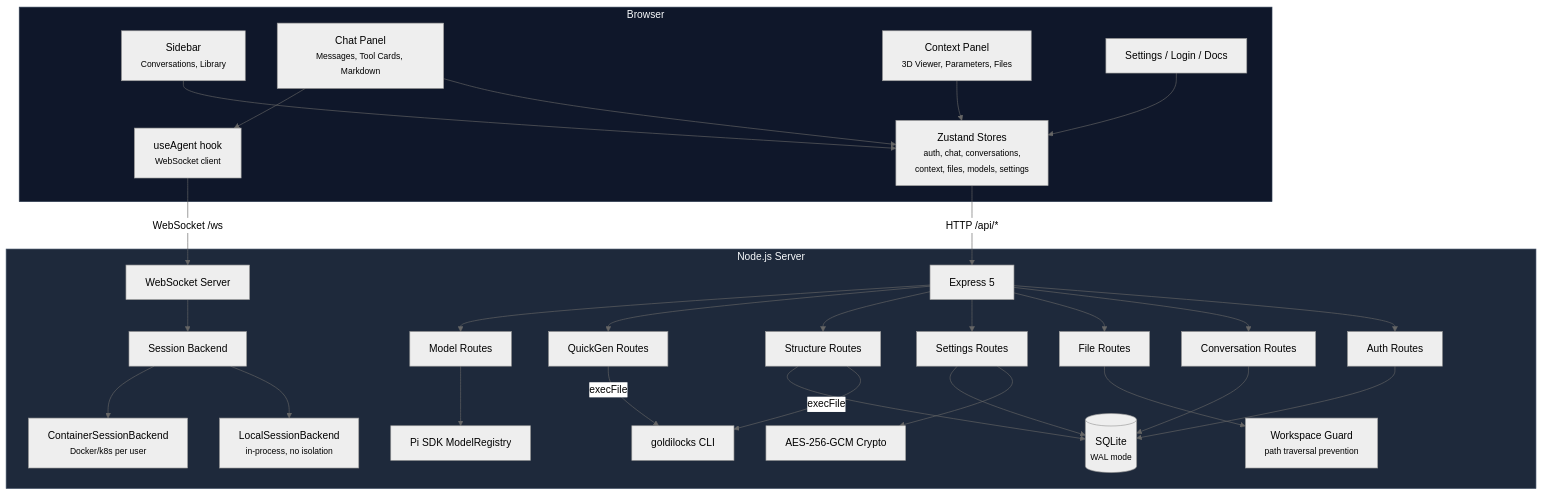
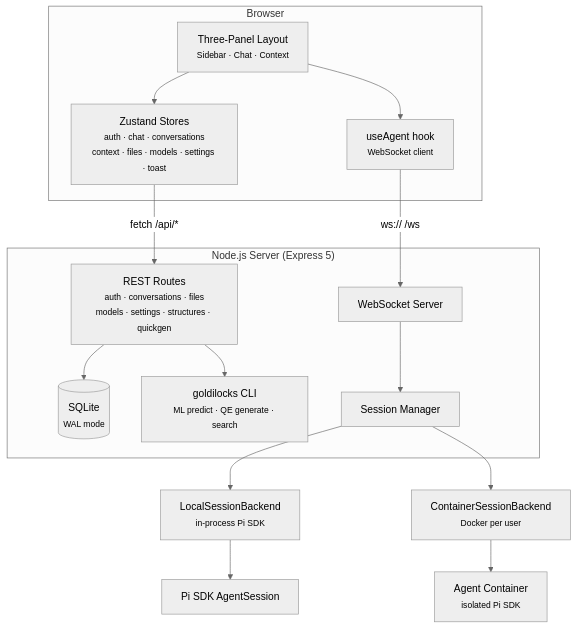
One commit to sigilmakes/goldilocks-app changed the first of 2 diagrams in docs/ARCHITECTURE.md. Above: the diagram before and after it, drawn with Mermaid (neutral theme). The commit also changed other lines of this file and 8 other files, not shown here.

````diff
--- a/docs/ARCHITECTURE.md
+++ b/docs/ARCHITECTURE.md
@@ -5,42 +14,31 @@
 ```mermaid
 graph TB
     subgraph Browser
-        Sidebar["Sidebar<br/><small>Conversations, Library</small>"]
-        Chat["Chat Panel<br/><small>Messages, Tool Cards, Markdown</small>"]
-        Context["Context Panel<br/><small>3D Viewer, Parameters, Files</small>"]
-        Pages["Settings / Login / Docs"]
+        UI["Three-Panel Layout<br/><small>Sidebar · Chat · Context</small>"]
+        Stores["Zustand Stores<br/><small>auth · chat · conversations<br/>context · files · models · settings · toast</small>"]
+        WS["useAgent hook<br/><small>WebSocket client</small>"]
 
-        Sidebar & Chat & Context & Pages --> Stores["Zustand Stores<br/><small>auth, chat, conversations,<br/>context, files, models, settings</small>"]
-        Chat --> useAgent["useAgent hook<br/><small>WebSocket client</small>"]
+        UI --> Stores
+        UI --> WS
     end
 
-    Stores -->|"HTTP /api/*"| Express
-    useAgent -->|"WebSocket /ws"| WS
+    Stores -->|"fetch /api/*"| Express
+    WS -->|"ws:// /ws"| WSS
 
-    subgraph Server["Node.js Server"]
-        Express["Express 5"]
-        WS["WebSocket Server"]
+    subgraph Server["Node.js Server (Express 5)"]
+        Express["REST Routes<br/><small>auth · conversations · files<br/>models · settings · structures · quickgen</small>"]
+        WSS["WebSocket Server"]
+        DB[("SQLite<br/><small>WAL mode</small>")]
+        CLI["goldilocks CLI<br/><small>ML predict · QE generate · search</small>"]
 
-        Express --> AuthR["Auth Routes"]
-        Express --> ConvR["Conversation Routes"]
-        Express --> FileR["File Routes"]
-        Express --> SettR["Settings Routes"]
-        Express --> StrR["Structure Routes"]
-        Express --> QGR["QuickGen Routes"]
-        Express --> ModR["Model Routes"]
-
-        StrR & QGR -->|"execFile"| CLI["goldilocks CLI"]
-        ModR --> PiSDK["Pi SDK ModelRegistry"]
-
-        WS --> SB["Session Backend"]
-        SB --> Local["LocalSessionBackend<br/><small>in-process, no isolation</small>"]
-        SB --> Container["ContainerSessionBackend<br/><small>Docker/k8s per user</small>"]
-
-        SettR --> Crypto["AES-256-GCM Crypto"]
-        AuthR & ConvR & SettR & StrR --> DB[("SQLite<br/><small>WAL mode</small>")]
-        FileR --> Guard["Workspace Guard<br/><small>path traversal prevention</small>"]
+        Express --> DB
+        Express --> CLI
+        WSS --> SessionMgr["Session Manager"]
     end
 
-    style Browser fill:#0f172a,stroke:#334155,color:#f8fafc
-    style Server fill:#1e293b,stroke:#475569,color:#f8fafc
+    SessionMgr --> Local["LocalSessionBackend<br/><small>in-process Pi SDK</small>"]
+    SessionMgr --> Container["ContainerSessionBackend<br/><small>Docker per user</small>"]
+
+    Local --> PiSDK["Pi SDK AgentSession"]
+    Container --> AgentPod["Agent Container<br/><small>isolated Pi SDK</small>"]
 ```
````
